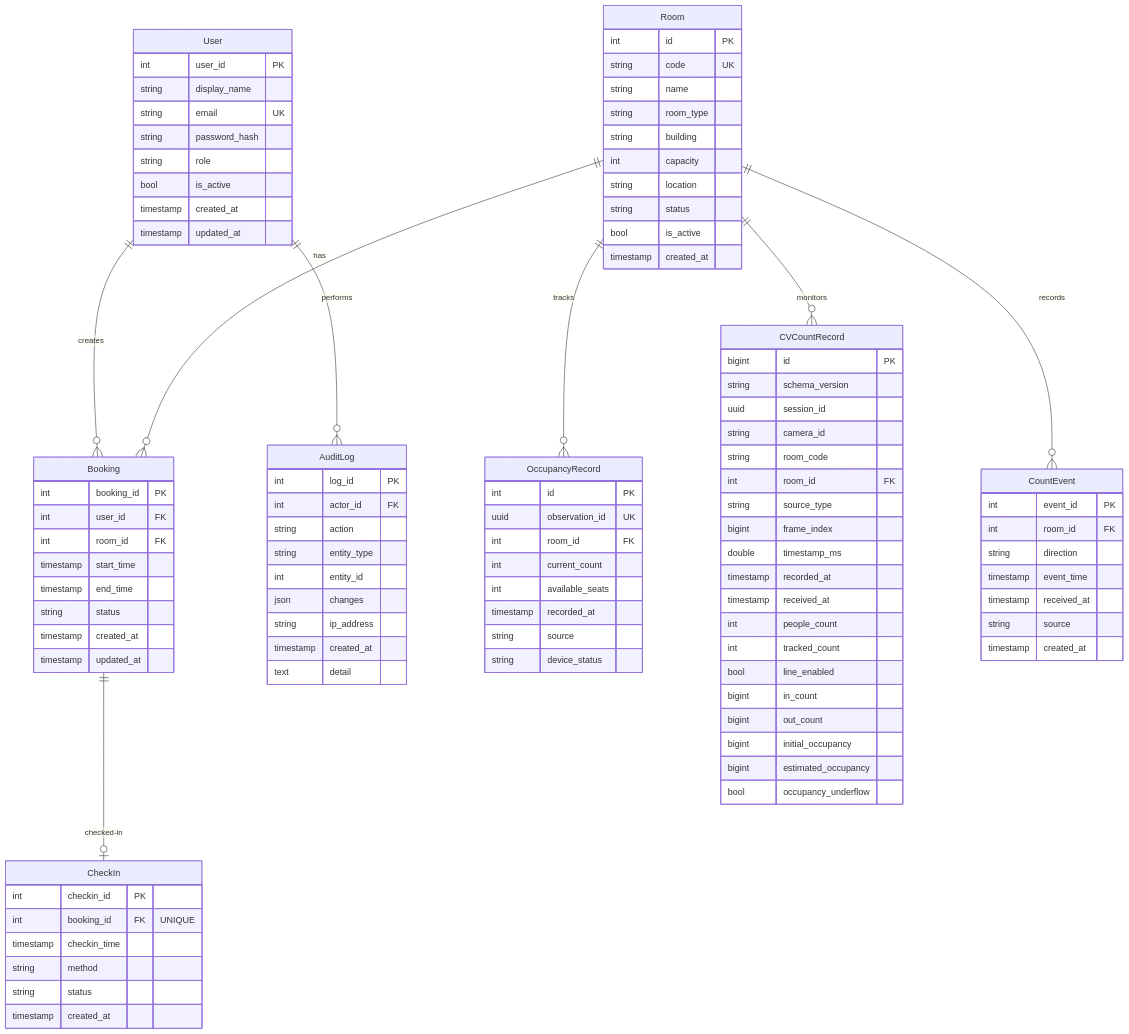
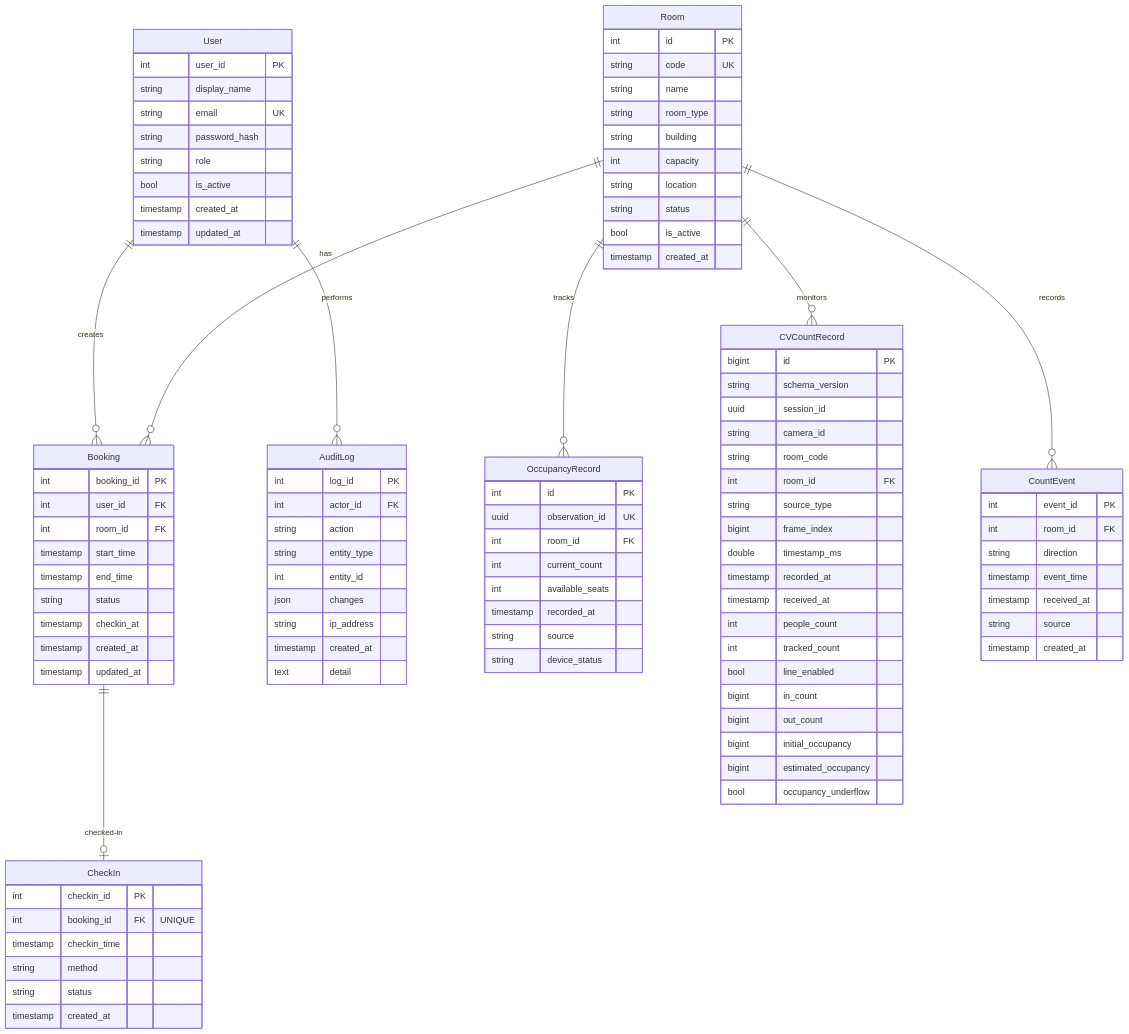
Before and after one commit to uth-seatsense/UTH-SeatSense: the diagram in docs/architecture/database-design.md, drawn with Mermaid. The commit also changed other lines of this file and 1 other file, not shown here.

Commit message:
docs/SEAT-41:Sequence UC-02/03/04 và State Diagram lượt đặt

```diff
--- a/docs/architecture/database-design.md
+++ b/docs/architecture/database-design.md
@@ -56,6 +56,7 @@
         timestamp start_time
         timestamp end_time
         string status
+        timestamp checkin_at
         timestamp created_at
         timestamp updated_at
     }
```
